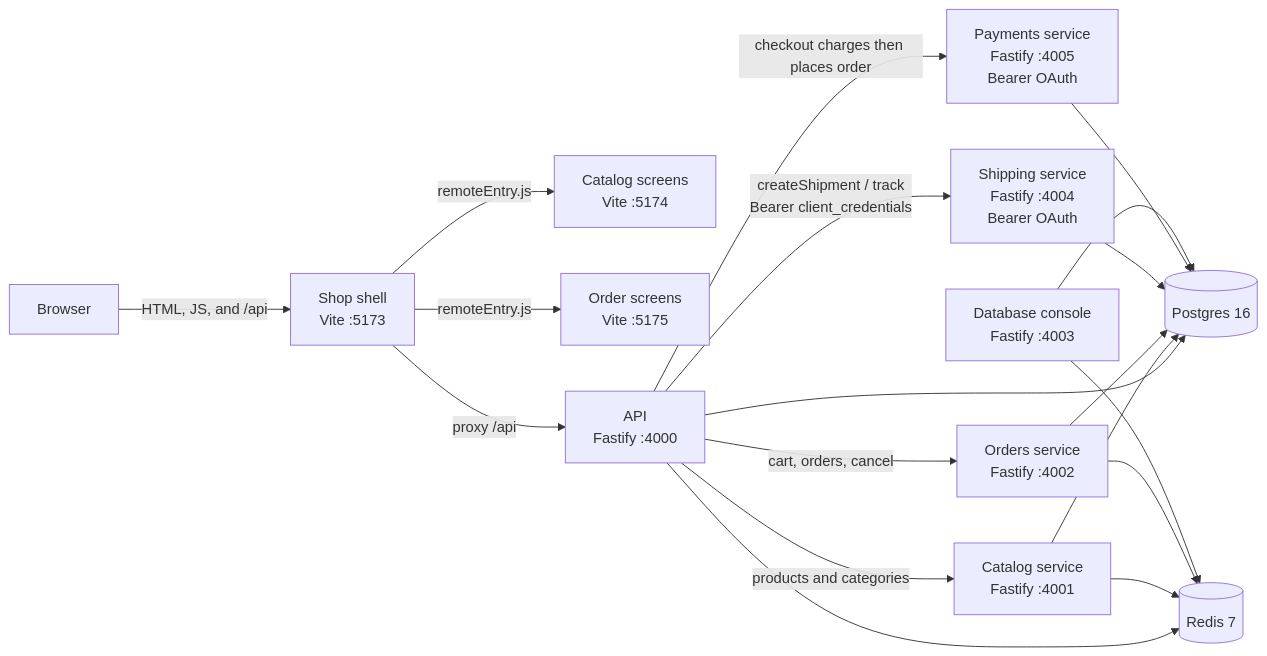
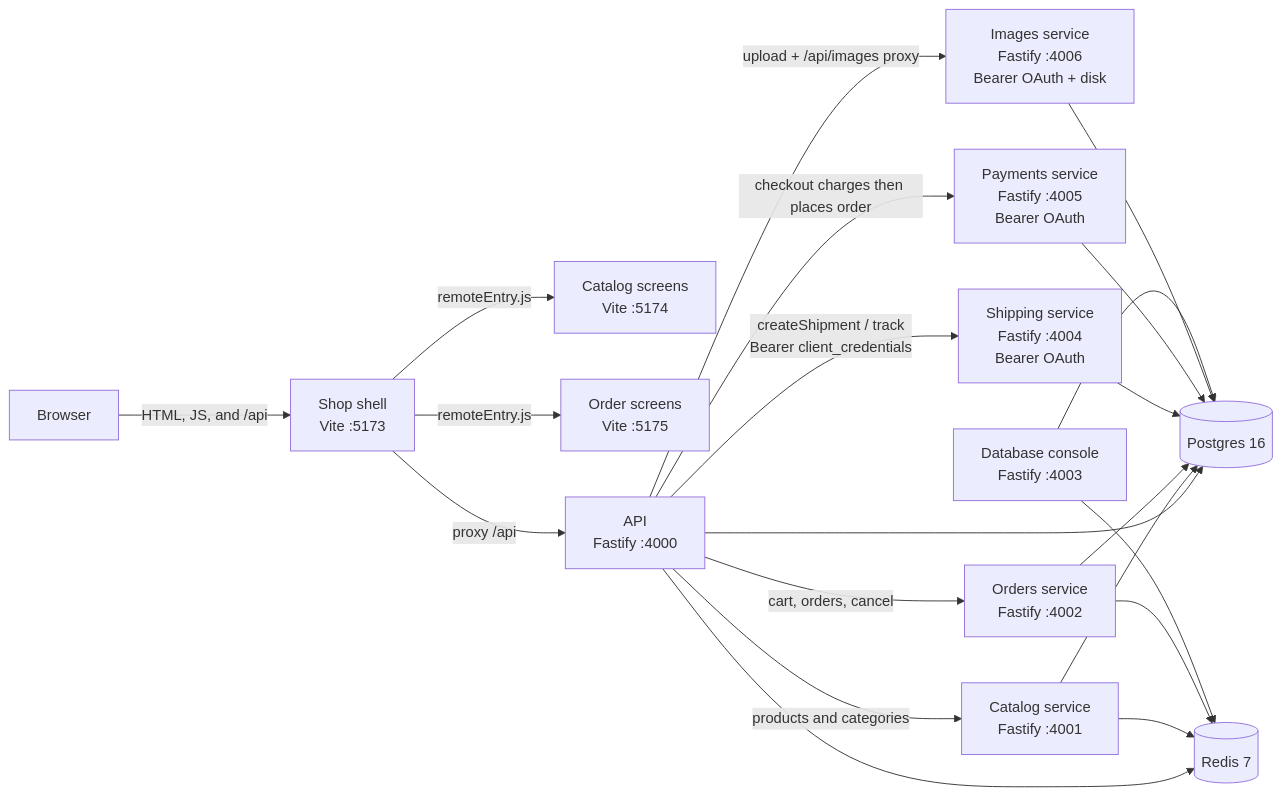
One commit to VinceBarresi/Marlow changed the first of 3 diagrams in ARCHITECTURE.md. Above: the diagram before and after it, drawn with Mermaid. The commit also changed other lines of this file and 35 other files, not shown here.

First line of the commit message:
Add product images service with disk storage and catalog photos.

````diff
--- a/ARCHITECTURE.md
+++ b/ARCHITECTURE.md
@@ -9,34 +9,37 @@
 ```mermaid
 flowchart LR
   browser["Browser"]
   shell["Shop shell<br/>Vite :5173"]
   catalogUi["Catalog screens<br/>Vite :5174"]
   ordersUi["Order screens<br/>Vite :5175"]
   api["API<br/>Fastify :4000"]
   catalog["Catalog service<br/>Fastify :4001"]
   orders["Orders service<br/>Fastify :4002"]
   shipping["Shipping service<br/>Fastify :4004<br/>Bearer OAuth"]
   payments["Payments service<br/>Fastify :4005<br/>Bearer OAuth"]
+  images["Images service<br/>Fastify :4006<br/>Bearer OAuth + disk"]
   console["Database console<br/>Fastify :4003"]
   pg[("Postgres 16")]
   redis[("Redis 7")]
 
   browser -->|"HTML, JS, and /api"| shell
   shell -->|"remoteEntry.js"| catalogUi
   shell -->|"remoteEntry.js"| ordersUi
   shell -->|"proxy /api"| api
   api -->|"products and categories"| catalog
   api -->|"cart, orders, cancel"| orders
   api -->|"checkout charges then places order"| payments
   api -->|"createShipment / track<br/>Bearer client_credentials"| shipping
+  api -->|"upload + /api/images proxy"| images
   api --> pg
   api --> redis
   catalog --> pg
   catalog --> redis
   orders --> pg
   orders --> redis
   shipping --> pg
   payments --> pg
+  images --> pg
   console --> pg
   console --> redis
 ```
````
